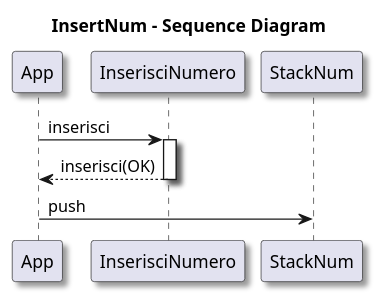
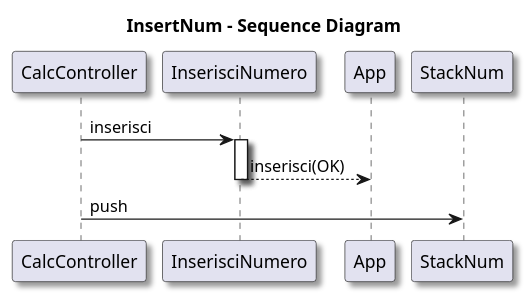
Before and after one commit to LuciaNancyLavista/Gruppo06_software_eng_L.I.V.P: the diagram in CalcolatriceProgrammabile/Diagrams/Sequence Diagrams/SequenceInsertNum.puml, drawn with PlantUML. The commit also changed 3 other files, not shown here.

First line of the commit message:
Name mistake Seq Diagram

```diff
--- a/CalcolatriceProgrammabile/Diagrams/Sequence Diagrams/SequenceInsertNum.puml
+++ b/CalcolatriceProgrammabile/Diagrams/Sequence Diagrams/SequenceInsertNum.puml
@@ -1,14 +1,14 @@
 @startuml 
 
 skinparam Shadowing true
 
 title InsertNum - Sequence Diagram
 
-App -> InserisciNumero: inserisci
+CalcController -> InserisciNumero: inserisci
 activate InserisciNumero
 InserisciNumero --> App: inserisci(OK)
 deactivate InserisciNumero
-App -> StackNum: push
+CalcController -> StackNum: push
 
 '!include ../../plantuml-styles/ae-copyright-footer.txt
 @enduml
```
